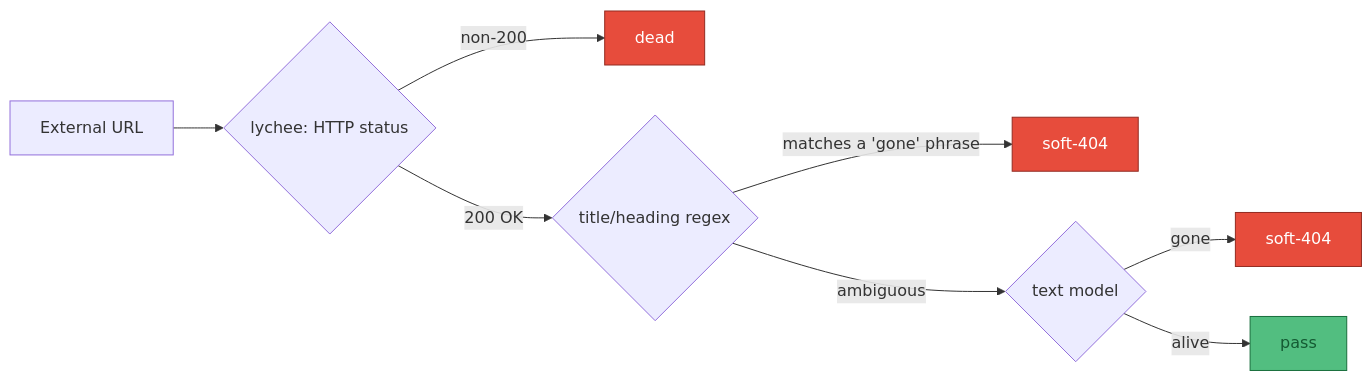
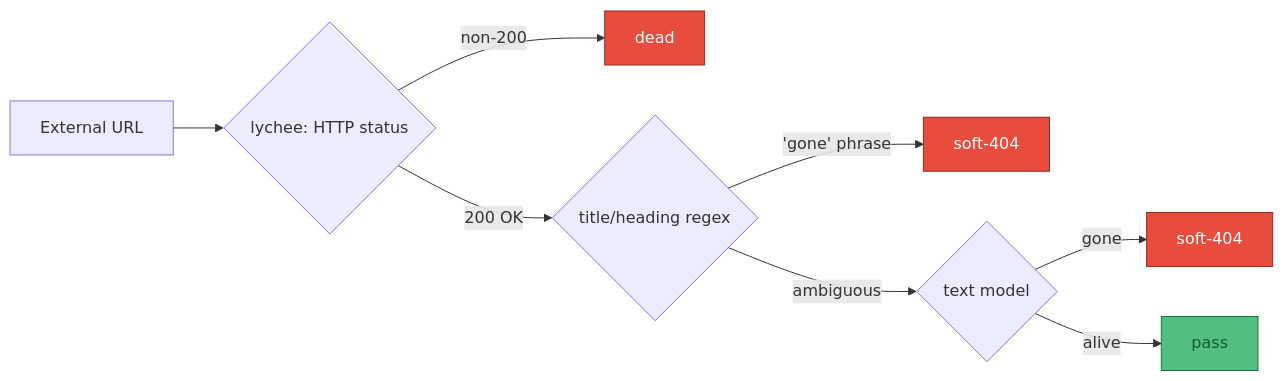
One commit to joels-claude-bot/llm-site-reviewer changed the second of 2 diagrams in docs-site/docs/concept/approach.md. Above: the diagram before and after it, drawn with Mermaid. The commit also changed other lines of this file and 49 other files, not shown here.

````diff
--- a/docs-site/docs/concept/approach.md
+++ b/docs-site/docs/concept/approach.md
@@ -81,12 +62,12 @@
 ```mermaid
 graph LR
     A[External URL] --> B{lychee: HTTP status}
     B -->|non-200| DEAD[dead]:::flag
     B -->|200 OK| C{title/heading regex}
-    C -->|matches a 'gone' phrase| SOFT[soft-404]:::flag
+    C -->|'gone' phrase| SOFT[soft-404]:::flag
     C -->|ambiguous| D{text model}
     D -->|gone| MODEL[soft-404]:::flag
     D -->|alive| OK[pass]:::ok
     classDef flag fill:#e74c3c,color:#fff,stroke:#922b21
     classDef ok fill:#52be80,color:#145a32,stroke:#196f3d
 ```
````
